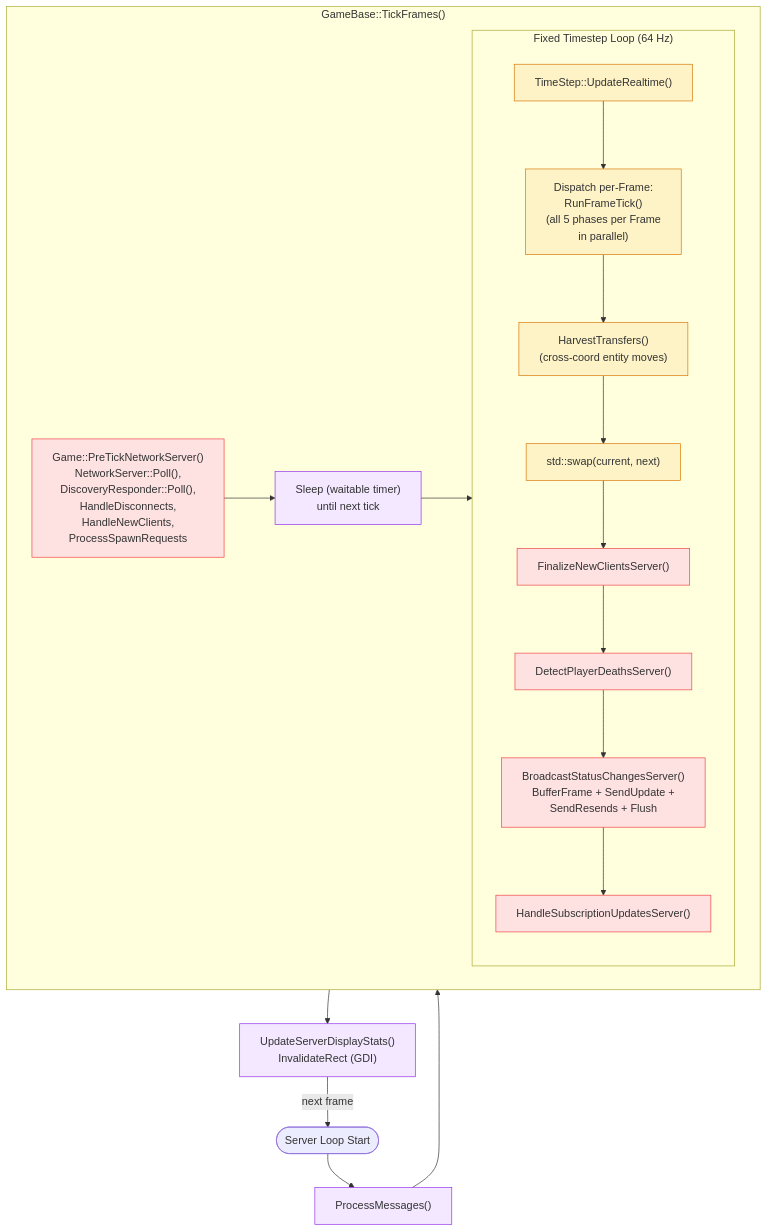
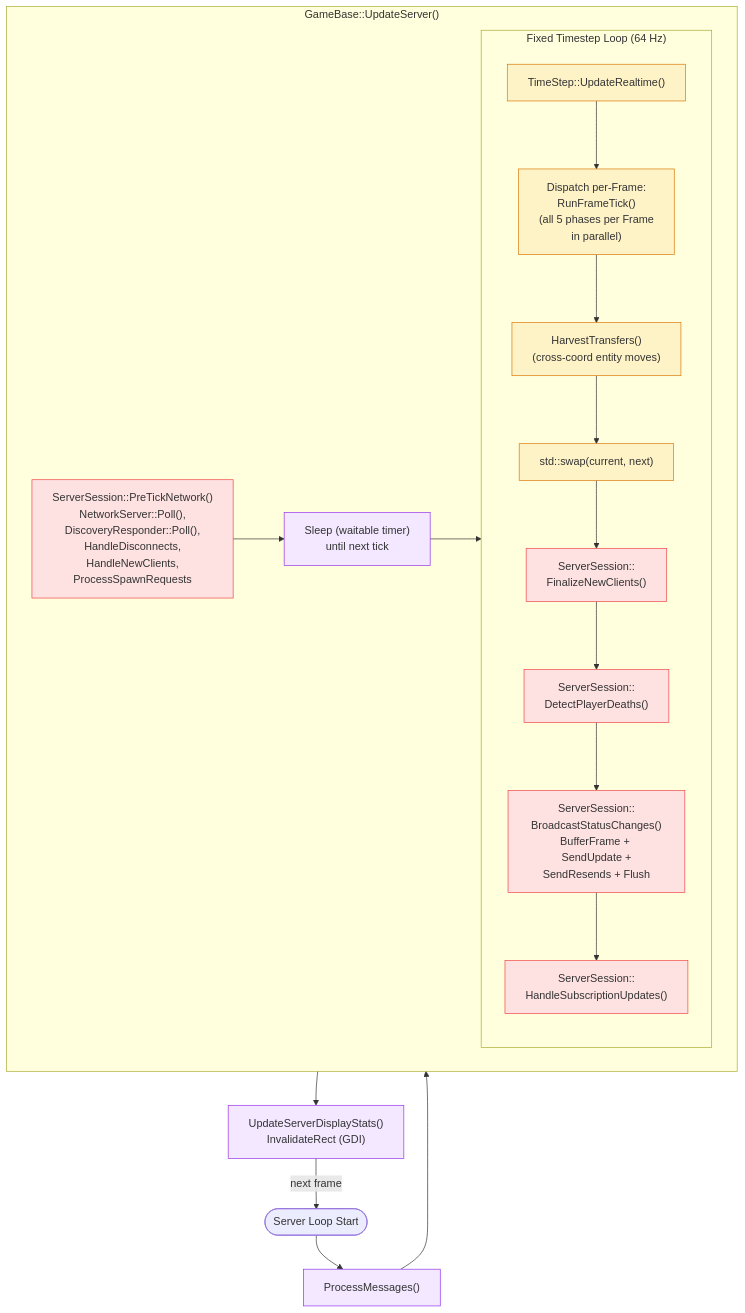
The third of 5 diagrams in Documents/Architecture/FrameUpdatePipeline.md (DougTanner/BrokenEnginePublic), drawn with Mermaid before and after one commit. The commit also changed other lines of this file and 52 other files, not shown here.

Commit message:
Refactoring network out of game

````diff
--- a/Documents/Architecture/FrameUpdatePipeline.md
+++ b/Documents/Architecture/FrameUpdatePipeline.md
@@ -111,37 +111,37 @@
 ```mermaid
 %%{init: {'theme': 'default'}}%%
 flowchart TD
     classDef physics fill:#fef3c7,stroke:#d97706
     classDef network fill:#fee2e2,stroke:#ef4444
     classDef server fill:#f3e8ff,stroke:#9333ea
 
     start(["Server Loop Start"])
 
     msgs["ProcessMessages()"]:::server
 
-    subgraph tick_frames ["GameBase::TickFrames()"]
-        pre_tick["Game::PreTickNetworkServer()<br/>NetworkServer::Poll(),<br/>DiscoveryResponder::Poll(),<br/>HandleDisconnects,<br/>HandleNewClients,<br/>ProcessSpawnRequests"]:::network
+    subgraph tick_frames ["GameBase::UpdateServer()"]
+        pre_tick["ServerSession::PreTickNetwork()<br/>NetworkServer::Poll(),<br/>DiscoveryResponder::Poll(),<br/>HandleDisconnects,<br/>HandleNewClients,<br/>ProcessSpawnRequests"]:::network
 
         sleep["Sleep (waitable timer)<br/>until next tick"]:::server
 
         subgraph physics_loop ["Fixed Timestep Loop (64 Hz)"]
             ts["TimeStep::UpdateRealtime()"]:::physics
             dispatch_s["Dispatch per-Frame:<br/>RunFrameTick()<br/>(all 5 phases per Frame<br/>in parallel)"]:::physics
             frame_swap["std::swap(current, next)"]:::physics
-            finalize["FinalizeNewClientsServer()"]:::network
-            deaths["DetectPlayerDeathsServer()"]:::network
-            broadcast["BroadcastStatusChangesServer()<br/>BufferFrame + SendUpdate +<br/>SendResends + Flush"]:::network
-            subscriptions["HandleSubscriptionUpdatesServer()"]:::network
+            finalize["ServerSession::<br/>FinalizeNewClients()"]:::network
+            deaths["ServerSession::<br/>DetectPlayerDeaths()"]:::network
+            broadcast["ServerSession::<br/>BroadcastStatusChanges()<br/>BufferFrame + SendUpdate +<br/>SendResends + Flush"]:::network
+            subscriptions["ServerSession::<br/>HandleSubscriptionUpdates()"]:::network
             harvest["HarvestTransfers()<br/>(cross-coord entity moves)"]:::physics
             ts --> dispatch_s --> harvest --> frame_swap
             frame_swap --> finalize --> deaths --> broadcast --> subscriptions
         end
 
         pre_tick --> sleep --> physics_loop
     end
 
     display["UpdateServerDisplayStats()<br/>InvalidateRect (GDI)"]:::server
 
     start --> msgs --> tick_frames --> display
     display -->|next frame| start
 ```
````
